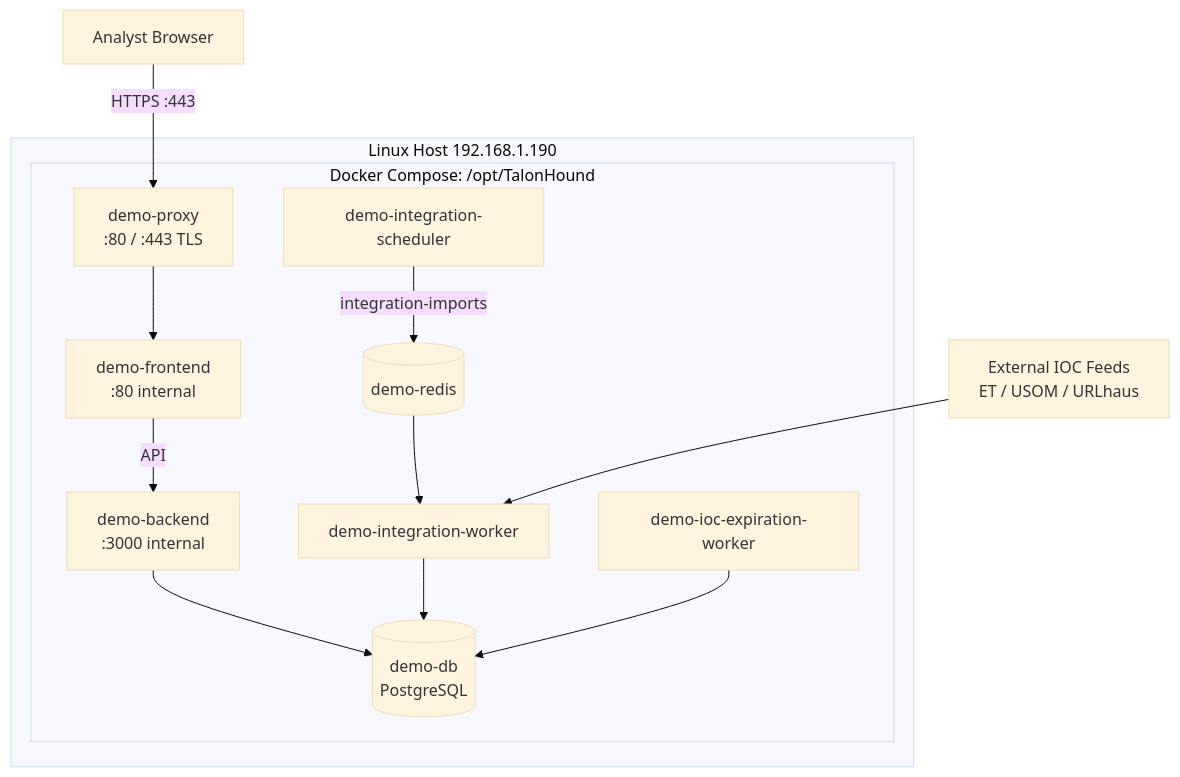
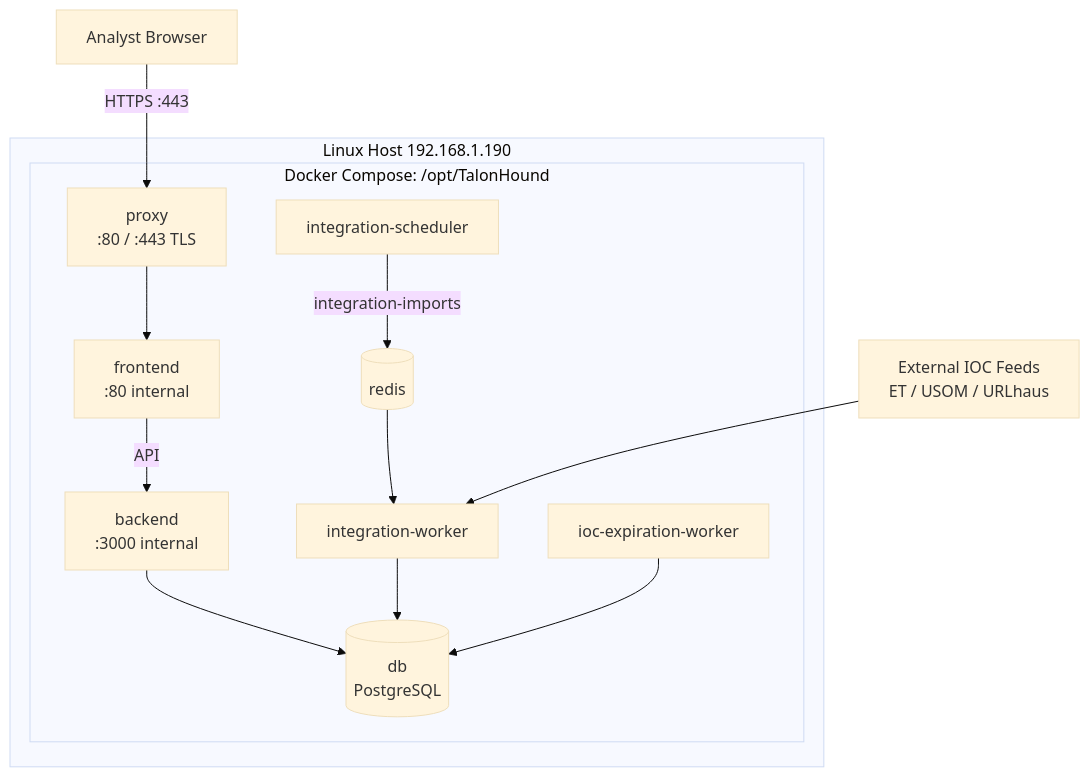
The second of 2 diagrams in docs/system-diagram.md (spatronn/TalonHound), drawn with Mermaid (base theme) before and after one commit. The commit also changed other lines of this file and 5 other files, not shown here.

````diff
--- a/docs/system-diagram.md
+++ b/docs/system-diagram.md
@@ -29,29 +29,29 @@
 ```mermaid
 flowchart TB
     IOC[External IOC Feeds\nET / USOM / URLhaus]
 
     subgraph HOST[Linux Host 192.168.1.190]
       subgraph COMPOSE[Docker Compose: /opt/TalonHound]
-        RP[demo-proxy\n:80 / :443 TLS]
-        FE[demo-frontend\n:80 internal]
-        BE[demo-backend\n:3000 internal]
-        R[(demo-redis)]
-        DB[(demo-db\nPostgreSQL)]
-        IS[demo-integration-scheduler]
-        IW[demo-integration-worker]
-        EXP[demo-ioc-expiration-worker]
+        RP[proxy\n:80 / :443 TLS]
+        FE[frontend\n:80 internal]
+        BE[backend\n:3000 internal]
+        R[(redis)]
+        DB[(db\nPostgreSQL)]
+        IS[integration-scheduler]
+        IW[integration-worker]
+        EXP[ioc-expiration-worker]
       end
     end
 
     USER[Analyst Browser] -->|HTTPS :443| RP
     RP --> FE
     FE -->|API| BE
     BE --> DB
 
     IS -->|integration-imports| R
     R --> IW
     IOC --> IW
     IW --> DB
 
     EXP --> DB
 ```
````
